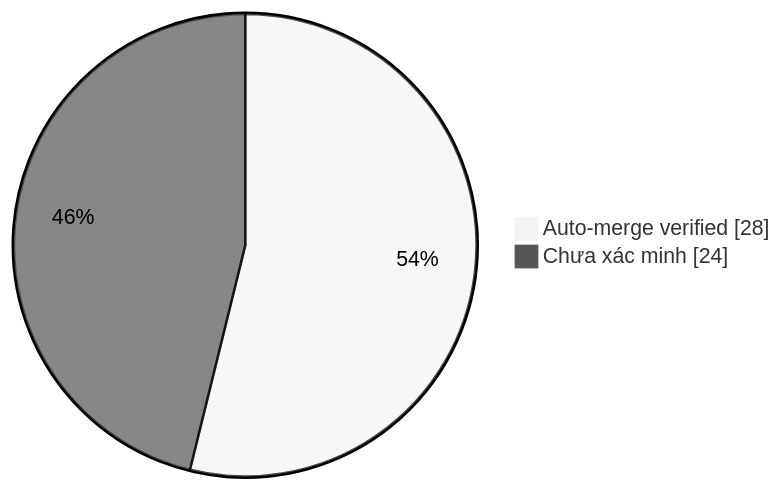
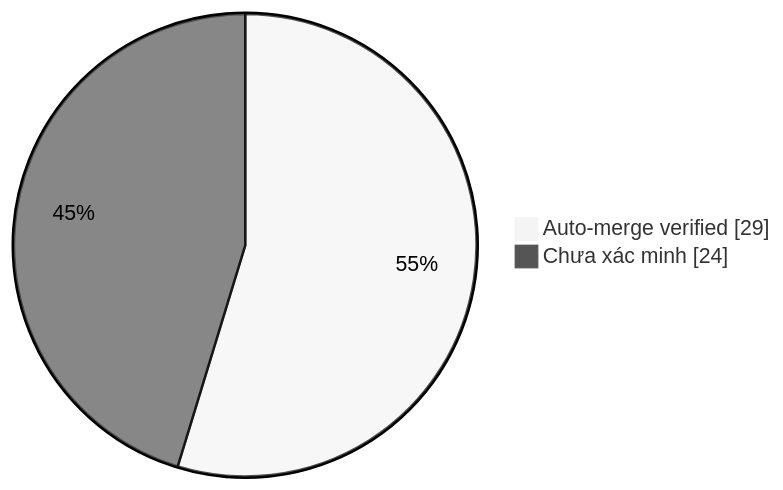
Before and after one commit to duykhang68/tetdinhmuiblog: the diagram in collector.md, drawn with Mermaid (neutral theme). The commit also changed other lines of this file and 1 other file, not shown here.

Commit message:
docs(collector): update auto-merge evidence dashboard

````diff
--- a/collector.md
+++ b/collector.md
@@ -22,5 +22,5 @@
 ```mermaid
 pie showData
-    "Auto-merge verified" : 28
+    "Auto-merge verified" : 29
     "Chưa xác minh" : 24
 ```
````
